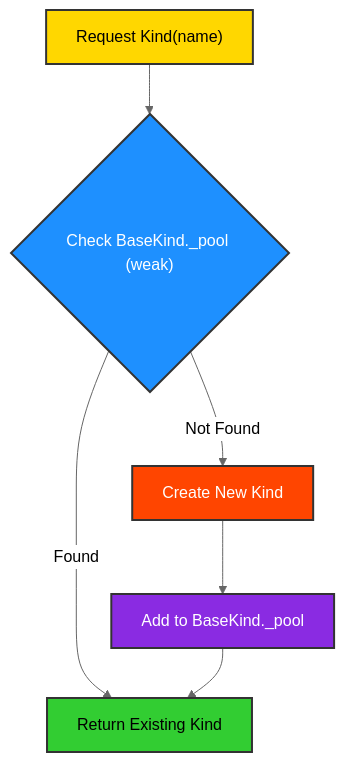
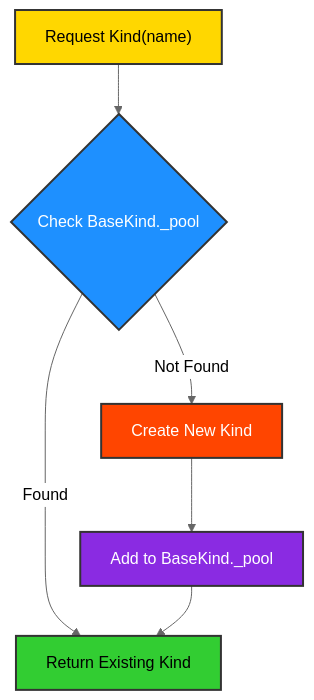
One commit to ikko/kind changed the first of 4 diagrams in docs/topics/9_performance/index.md. Above: the diagram before and after it, drawn with Mermaid (neutral theme). The commit also changed other lines of this file and 38 other files, not shown here.

First line of the commit message:
A name lives until it is deleted; equal values are one Kind; time views say what they return

````diff
--- a/docs/topics/9_performance/index.md
+++ b/docs/topics/9_performance/index.md
@@ -47,14 +47,14 @@
 ```mermaid
 graph TD
-    A[Request Kind&#40name&#41] --> B{Check BaseKind._pool #40;weak#41;};
+    A[Request Kind&#40name&#41] --> B{Check BaseKind._pool};
     B -- "Found" --> C[Return Existing Kind];
     B -- "Not Found" --> D[Create New Kind];
     D --> E[Add to BaseKind._pool];
     E --> C;
 
     style A fill:#FFD700,stroke:#333,stroke-width:2px,color:#000000;
     style B fill:#1E90FF,stroke:#333,stroke-width:2px,color:#FFFFFF;
     style C fill:#32CD32,stroke:#333,stroke-width:2px,color:#000000;
     style D fill:#FF4500,stroke:#333,stroke-width:2px,color:#FFFFFF;
     style E fill:#8A2BE2,stroke:#333,stroke-width:2px,color:#FFFFFF;
 ```
````
